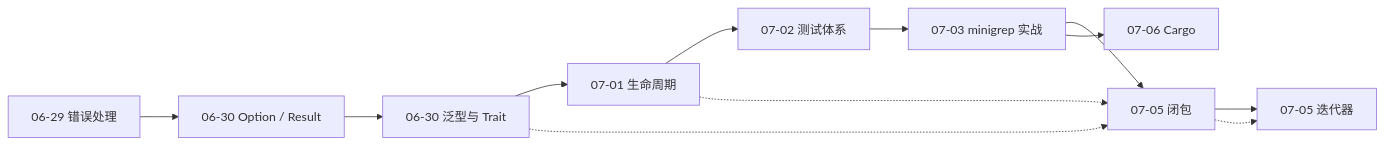
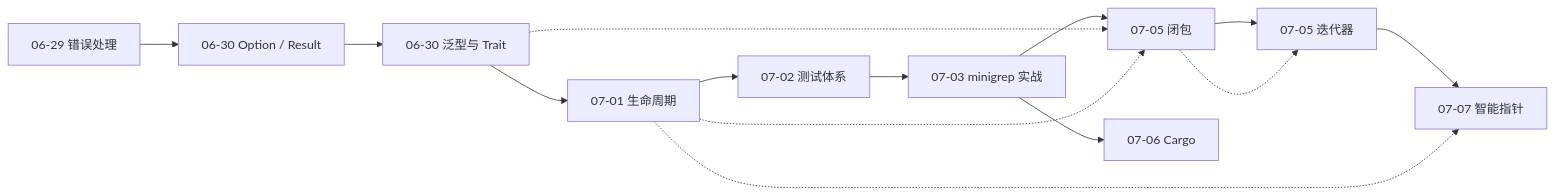
The diagram in README.md (lliusshijjie/Rust_xmind), drawn with Mermaid before and after one commit. The commit also changed other lines of this file and 1 other file, not shown here.

Commit message:
Add smart pointers notes, rename xmind to English, update README.

````diff
--- a/README.md
+++ b/README.md
@@ -7,15 +7,17 @@
 ```mermaid
 graph LR
     A["06-29 错误处理"] --> B["06-30 Option / Result"]
     B --> C["06-30 泛型与 Trait"]
     C --> D["07-01 生命周期"]
     D --> E["07-02 测试体系"]
     E --> F["07-03 minigrep 实战"]
     F --> G["07-05 闭包"]
     G --> H["07-05 迭代器"]
     F --> I["07-06 Cargo"]
+    H --> J["07-07 智能指针"]
 
     C -.-> G
     D -.-> G
     G -.-> H
+    D -.-> J
 ```
````
